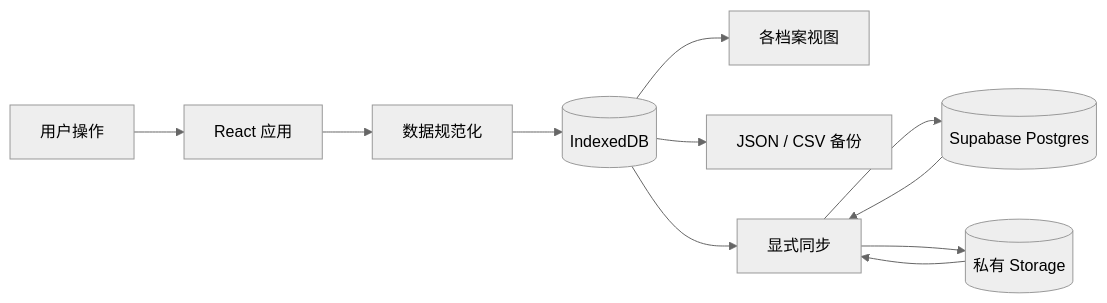
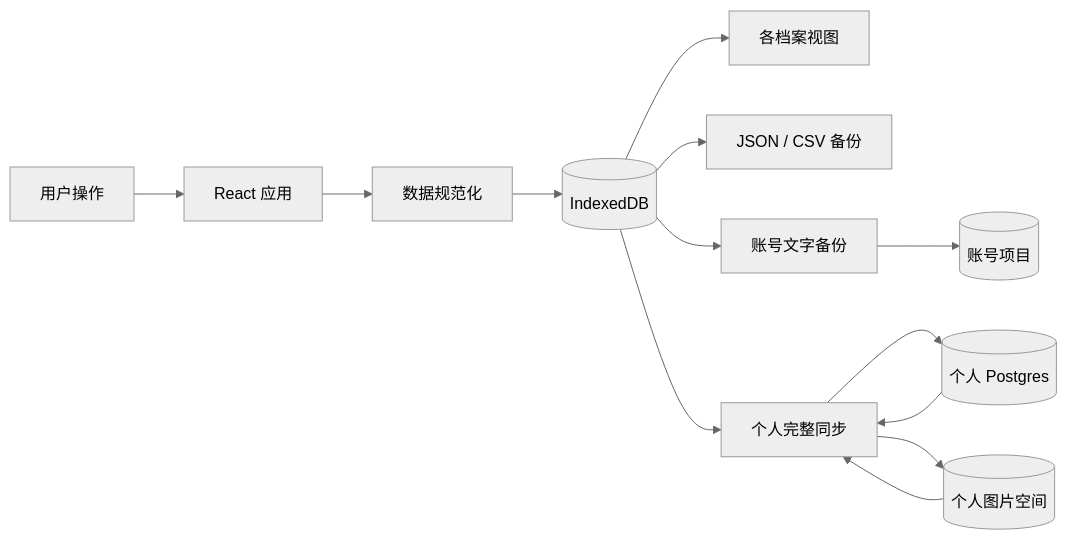
One commit to Qi-i/live-memory changed the diagram in docs/architecture.md. Above: the diagram before and after it, drawn with Mermaid (neutral theme). The commit also changed other lines of this file and 27 other files, not shown here.

````diff
--- a/docs/architecture.md
+++ b/docs/architecture.md
@@ -16,13 +16,15 @@
 ```mermaid
 flowchart LR
   U[用户操作] --> A[React 应用]
   A --> N[数据规范化]
   N --> I[(IndexedDB)]
   I --> V[各档案视图]
   I --> B[JSON / CSV 备份]
-  I --> S[显式同步]
-  S --> P[(Supabase Postgres)]
-  S --> O[(私有 Storage)]
+  I --> T[账号文字备份]
+  I --> S[个人完整同步]
+  T --> C[(账号项目)]
+  S --> P[(个人 Postgres)]
+  S --> O[(个人图片空间)]
   P --> S
   O --> S
 ```
````
